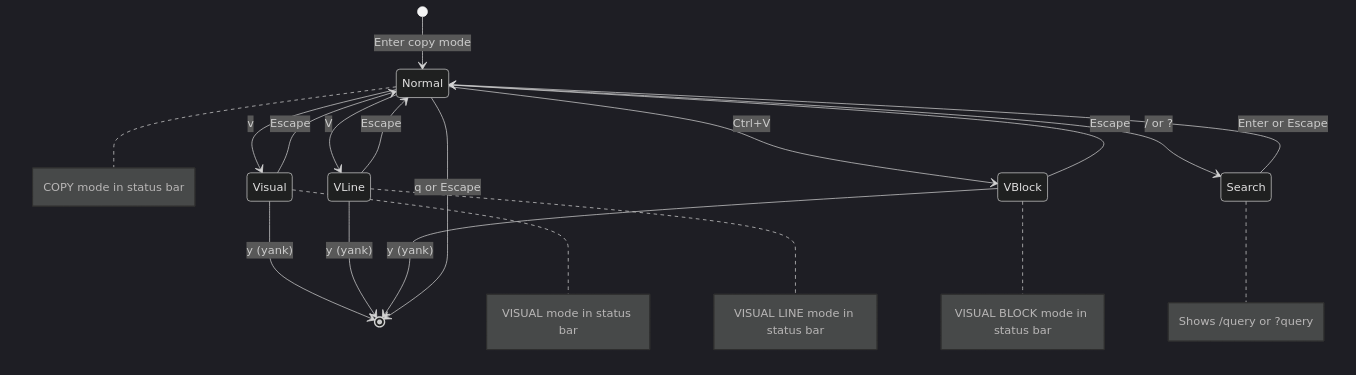
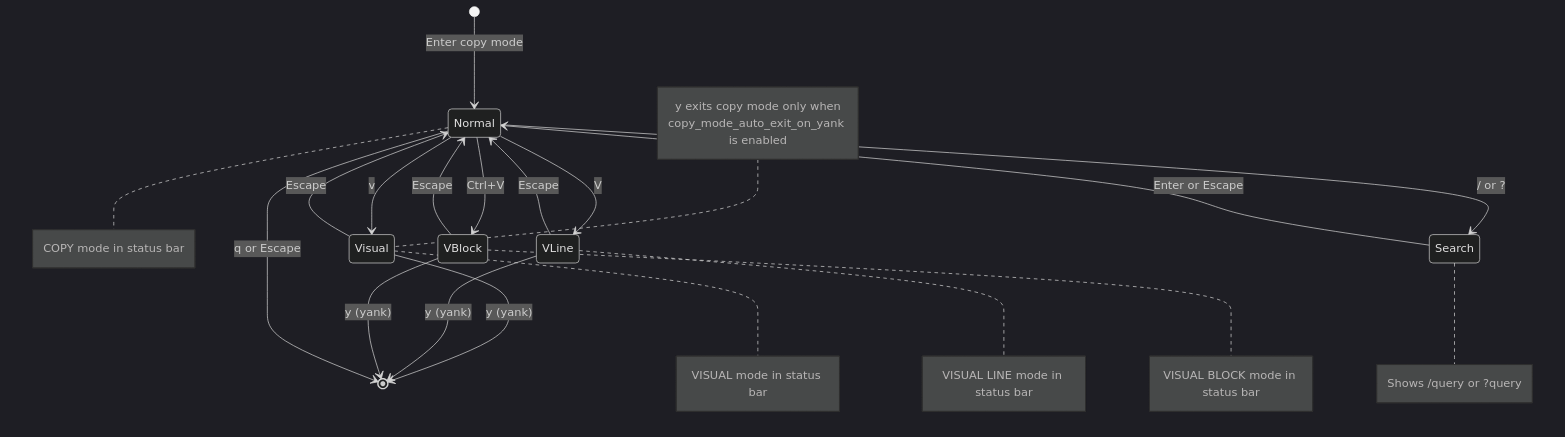
The diagram in docs/features/COPY_MODE.md (paulrobello/par-term), drawn with Mermaid (dark theme) before and after one commit. The commit also changed 41 other files, not shown here.

````diff
--- a/docs/features/COPY_MODE.md
+++ b/docs/features/COPY_MODE.md
@@ -27,36 +27,41 @@
 ```mermaid
 stateDiagram-v2
     [*] --> Normal: Enter copy mode
     Normal --> Visual: v
     Normal --> VLine: V
     Normal --> VBlock: Ctrl+V
     Normal --> Search: / or ?
     Visual --> Normal: Escape
     VLine --> Normal: Escape
     VBlock --> Normal: Escape
     Search --> Normal: Enter or Escape
     Visual --> [*]: y (yank)
     VLine --> [*]: y (yank)
     VBlock --> [*]: y (yank)
     Normal --> [*]: q or Escape
 
     note right of Normal
         COPY mode in status bar
     end note
 
     note right of Visual
         VISUAL mode in status bar
     end note
 
     note right of VLine
         VISUAL LINE mode in status bar
     end note
 
     note right of VBlock
         VISUAL BLOCK mode in status bar
     end note
 
     note right of Search
         Shows /query or ?query
     end note
+
+    note left of Visual
+        y exits copy mode only when
+        copy_mode_auto_exit_on_yank is enabled
+    end note
 ```
````
